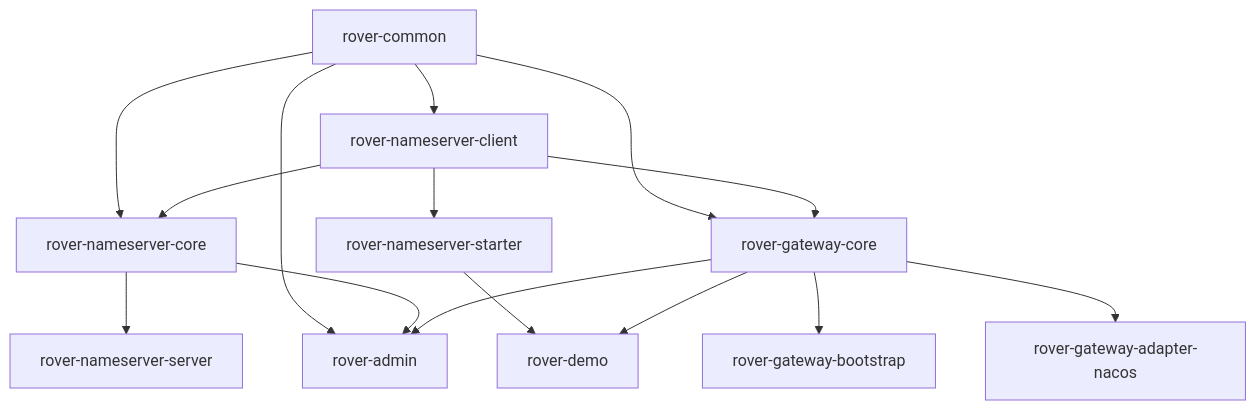
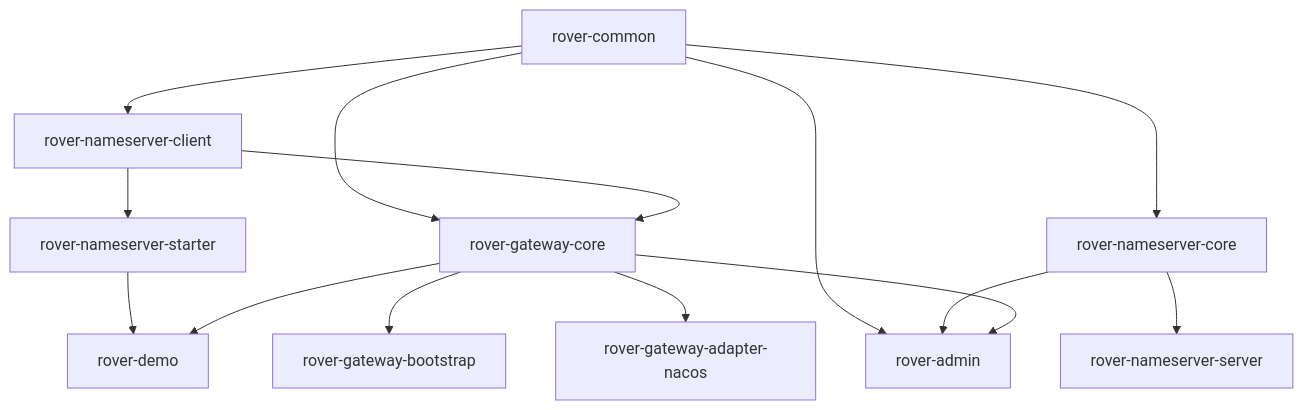
One commit to zzl-qz/Rover-Suite changed the third of 3 diagrams in README.md. Above: the diagram before and after it, drawn with Mermaid. The commit also changed other lines of this file and 37 other files, not shown here.

````diff
--- a/README.md
+++ b/README.md
@@ -112,21 +112,20 @@
 ```mermaid
 graph TD
     Common[rover-common] --> Client[rover-nameserver-client]
     Common --> Core[rover-nameserver-core]
     Common --> GatewayCore[rover-gateway-core]
 
-    Client --> Core
     Client --> Starter[rover-nameserver-starter]
     Client --> GatewayCore
 
     Core --> Server[rover-nameserver-server]
     GatewayCore --> Bootstrap[rover-gateway-bootstrap]
     GatewayCore --> Adapter[rover-gateway-adapter-nacos]
 
     Common --> Admin[rover-admin]
     Core --> Admin
     GatewayCore --> Admin
 
     Starter --> Demo[rover-demo]
     GatewayCore --> Demo
 ```
````
